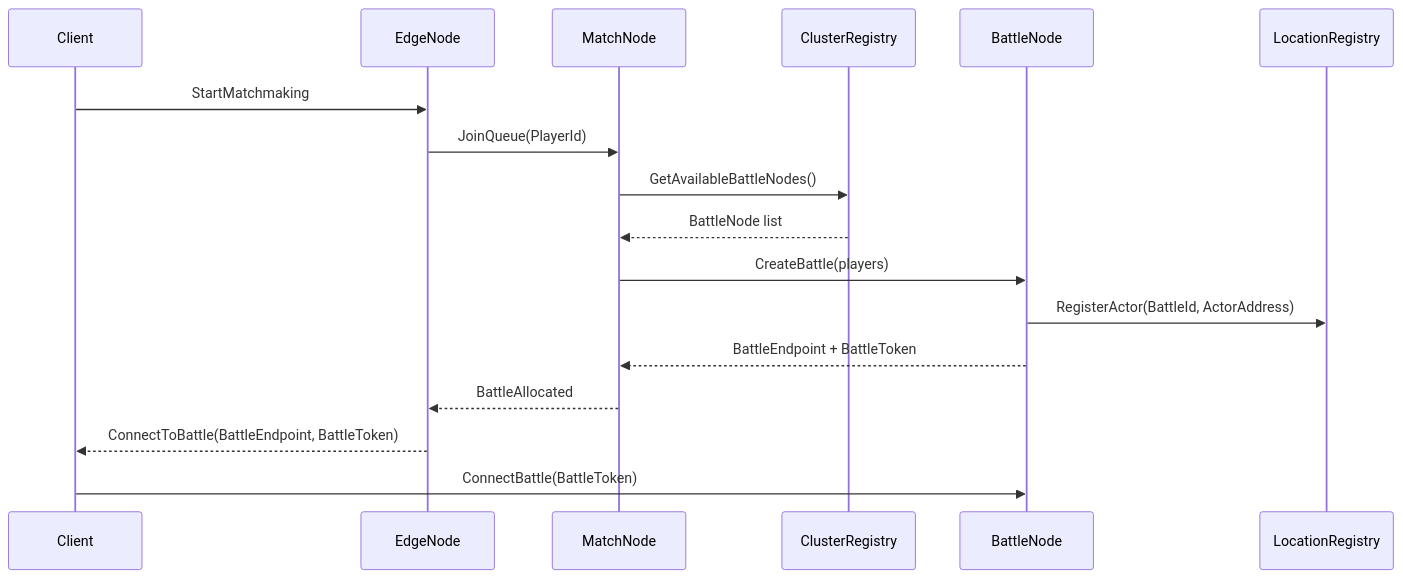
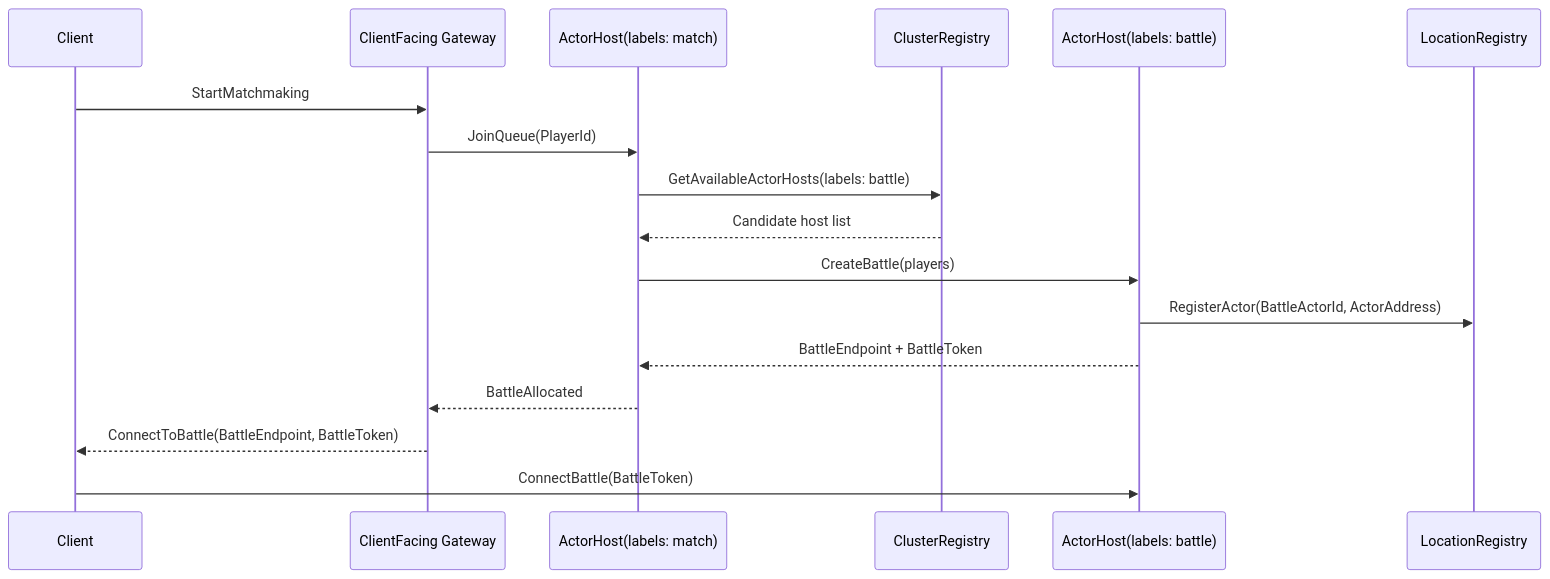
One commit to bruce48x/ULinkGame changed the fifth of 6 diagrams in architecture-design.md. Above: the diagram before and after it, drawn with Mermaid. The commit also changed other lines of this file, not shown here.

Commit message:
Refine actor runtime architecture design

````diff
--- a/architecture-design.md
+++ b/architecture-design.md
@@ -988,20 +1103,20 @@
 ```mermaid
 sequenceDiagram
     participant Client
-    participant Edge as EdgeNode
-    participant Match as MatchNode
+    participant Gateway as ClientFacing Gateway
+    participant Match as ActorHost(labels: match)
     participant Registry as ClusterRegistry
-    participant Battle as BattleNode
+    participant Battle as ActorHost(labels: battle)
     participant Location as LocationRegistry
 
-    Client->>Edge: StartMatchmaking
-    Edge->>Match: JoinQueue(PlayerId)
-    Match->>Registry: GetAvailableBattleNodes()
-    Registry-->>Match: BattleNode list
+    Client->>Gateway: StartMatchmaking
+    Gateway->>Match: JoinQueue(PlayerId)
+    Match->>Registry: GetAvailableActorHosts(labels: battle)
+    Registry-->>Match: Candidate host list
     Match->>Battle: CreateBattle(players)
-    Battle->>Location: RegisterActor(BattleId, ActorAddress)
+    Battle->>Location: RegisterActor(BattleActorId, ActorAddress)
     Battle-->>Match: BattleEndpoint + BattleToken
-    Match-->>Edge: BattleAllocated
-    Edge-->>Client: ConnectToBattle(BattleEndpoint, BattleToken)
+    Match-->>Gateway: BattleAllocated
+    Gateway-->>Client: ConnectToBattle(BattleEndpoint, BattleToken)
     Client->>Battle: ConnectBattle(BattleToken)
 ```
````
